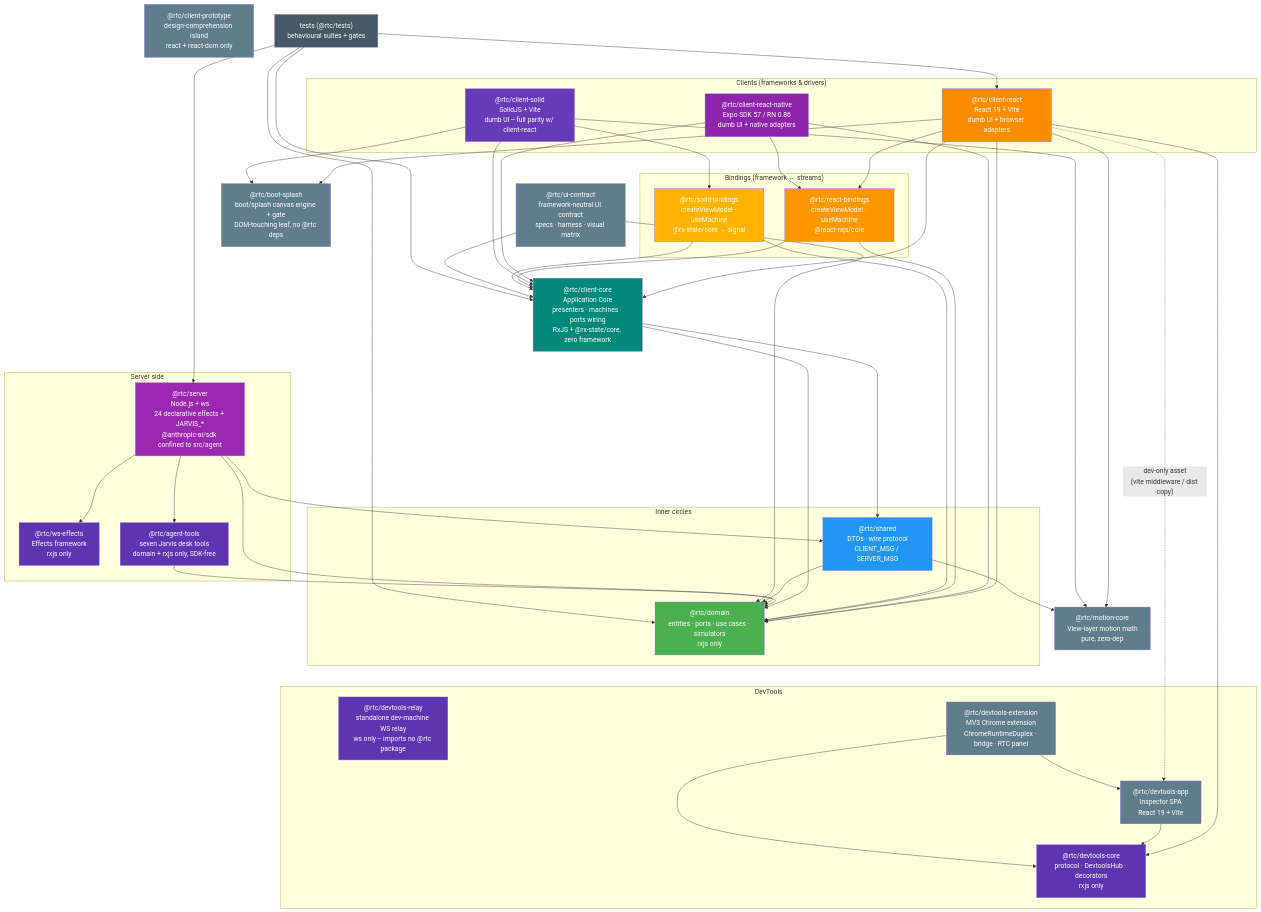
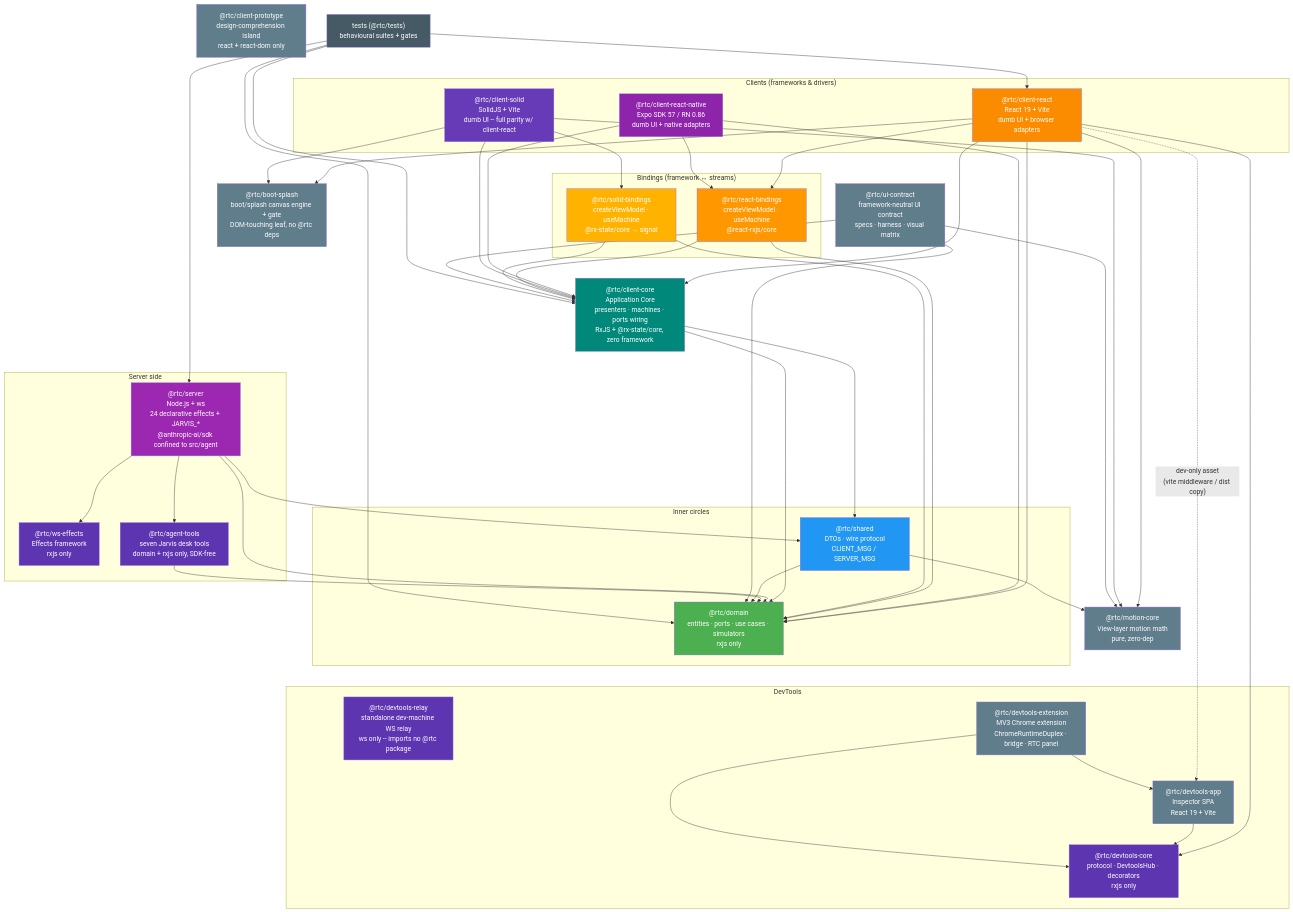
The diagram in docs/architecture/06-package-dependencies.md (bettersoftware-io/ReactiveTraderCloudClone), drawn with Mermaid before and after one commit. The commit also changed other lines of this file and 3 other files, not shown here.

```diff
--- a/docs/architecture/06-package-dependencies.md
+++ b/docs/architecture/06-package-dependencies.md
@@ -75,6 +75,7 @@
     shared --> motion
     uic --> core
     uic --> domain
+    uic --> motion
     tests --> webc
     tests --> core
     tests --> server
```
